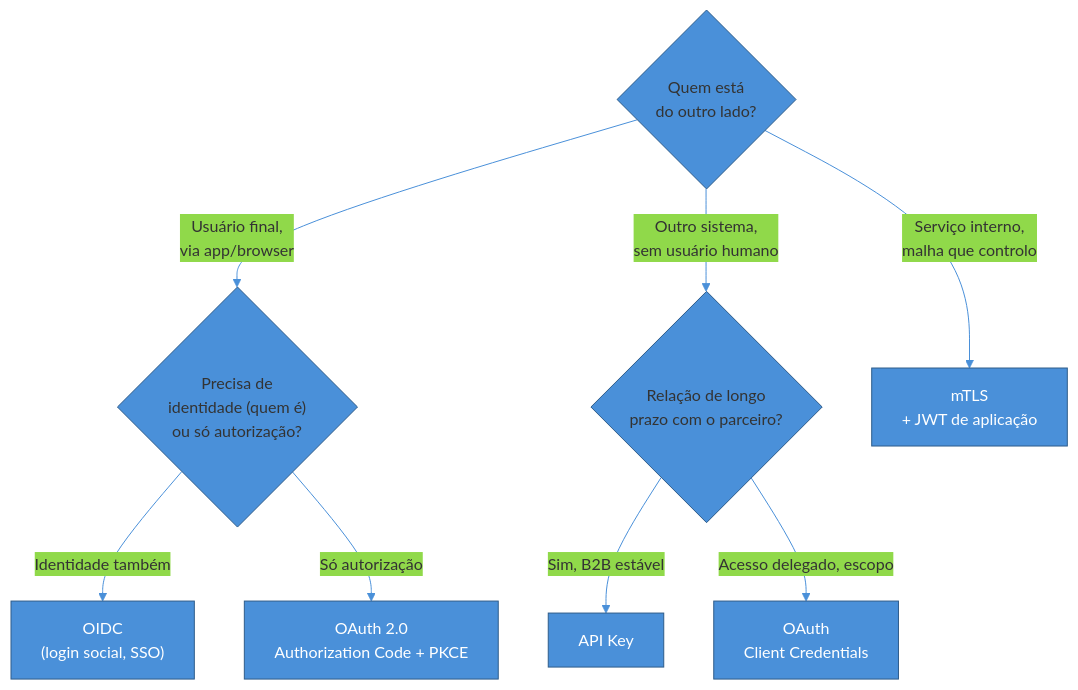
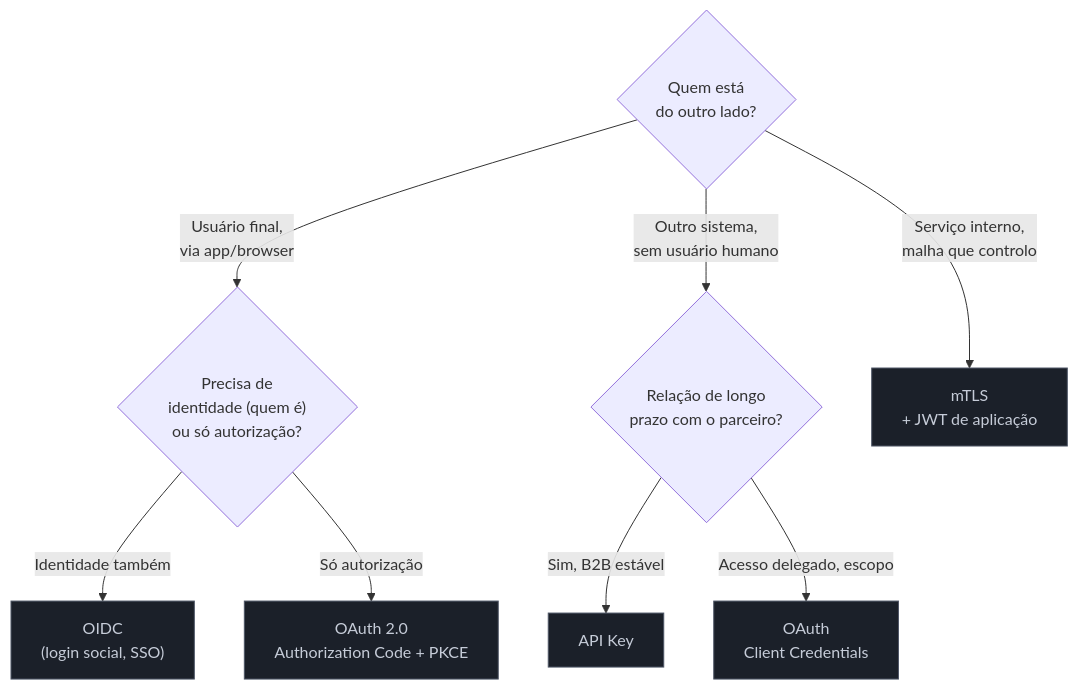
One commit to josenaldo/codex-technomanticus changed the second of 2 diagrams in 03-Dominios/Engenharia/Comunicação entre Sistemas/2 - Comunicação síncrona/03 - Paginação, filtros e autenticação em REST.md. Above: the diagram before and after it, drawn with Mermaid. The commit also changed other lines of this file and 1181 other files, not shown here.

First line of the commit message:
fix(diagramas): paleta do sistema no lugar de cor cravada no markdown

````diff
--- a/03-Dominios/Engenharia/Comunicação entre Sistemas/2 - Comunicação síncrona/03 - Paginação, filtros e autenticação em REST.md
+++ b/03-Dominios/Engenharia/Comunicação entre Sistemas/2 - Comunicação síncrona/03 - Paginação, filtros e autenticação em REST.md
@@ -267,18 +268,18 @@
 ```mermaid
-%%{init: {"theme": "base", "themeVariables": {"primaryColor": "#4A90D9", "primaryBorderColor": "#2E5C8A", "lineColor": "#4A90D9"}}}%%
 graph TD
+    classDef neutro fill:#1B2029,stroke:#4E5666,color:#C6CCD8
     Q{"Quem está<br/>do outro lado?"}
     Q -->|"Usuário final,<br/>via app/browser"| U{"Precisa de<br/>identidade (quem é)<br/>ou só autorização?"}
     U -->|Identidade também| OIDC["OIDC<br/>(login social, SSO)"]
     U -->|Só autorização| OAUTH["OAuth 2.0<br/>Authorization Code + PKCE"]
     Q -->|"Outro sistema,<br/>sem usuário humano"| M{"Relação de longo<br/>prazo com o parceiro?"}
     M -->|Sim, B2B estável| APIKEY["API Key"]
     M -->|Acesso delegado, escopo| CC["OAuth<br/>Client Credentials"]
     Q -->|"Serviço interno,<br/>malha que controlo"| MTLS["mTLS<br/>+ JWT de aplicação"]
 
-    style OIDC fill:#4A90D9,color:#fff
-    style OAUTH fill:#4A90D9,color:#fff
-    style APIKEY fill:#4A90D9,color:#fff
-    style CC fill:#4A90D9,color:#fff
-    style MTLS fill:#4A90D9,color:#fff
+    class OIDC neutro
+    class OAUTH neutro
+    class APIKEY neutro
+    class CC neutro
+    class MTLS neutro
 ```
````
